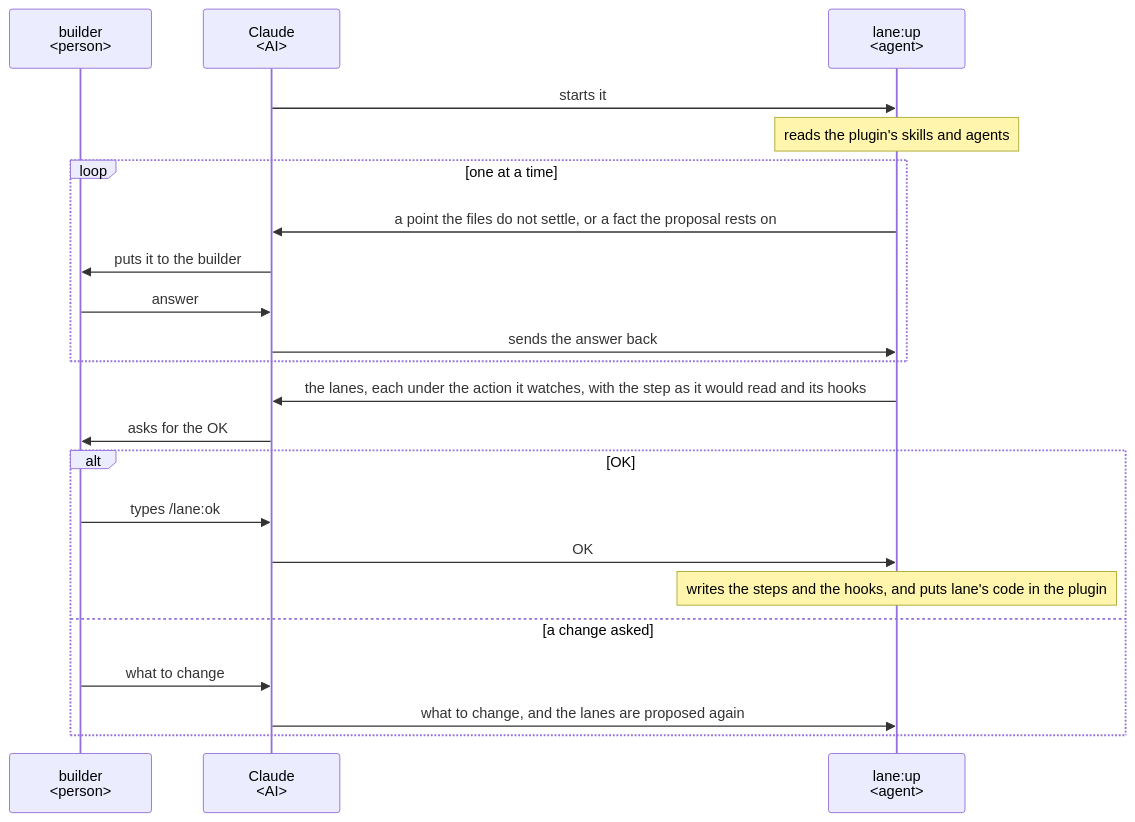
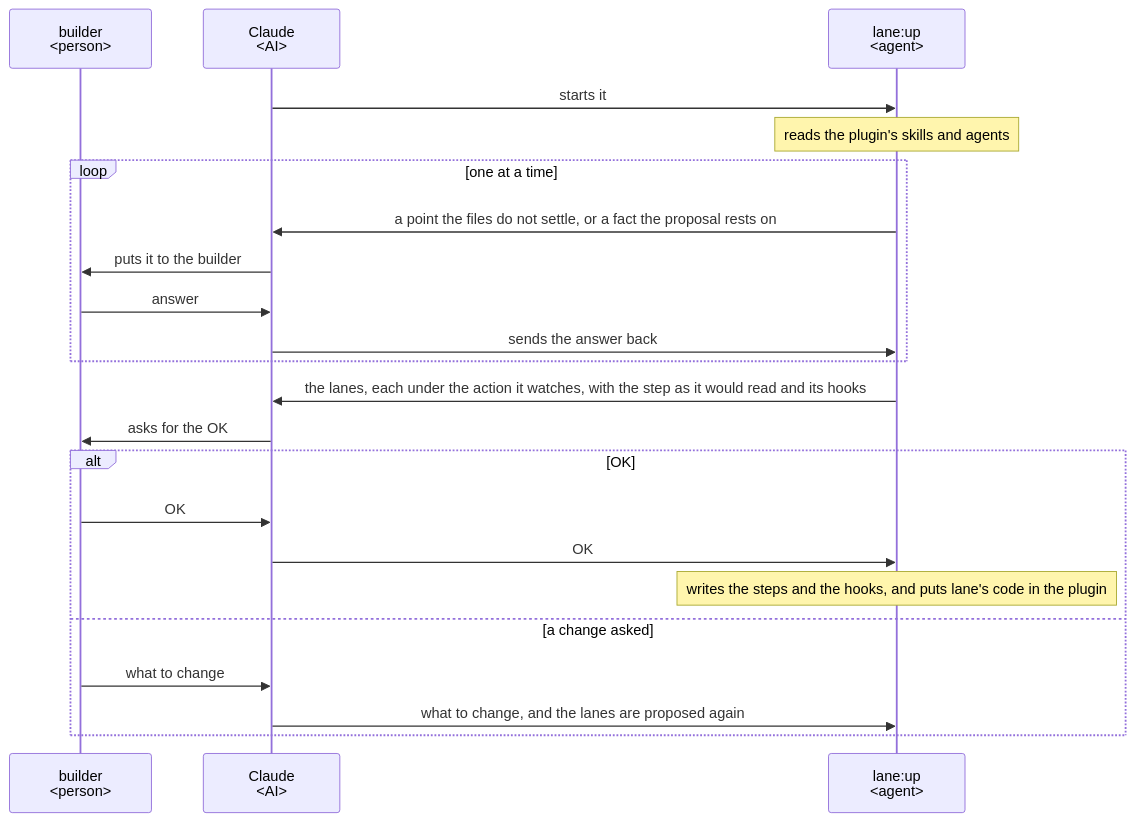
One commit to lovaizu/ccpm changed the second of 3 diagrams in dev/lane/ux.md. Above: the diagram before and after it, drawn with Mermaid. The commit also changed other lines of this file and 10 other files, not shown here.

````diff
--- a/dev/lane/ux.md
+++ b/dev/lane/ux.md
@@ -66,24 +66,24 @@
 ```mermaid
 sequenceDiagram
   participant B as builder<br/>#lt;person#gt;
   participant C as Claude<br/>#lt;AI#gt;
   participant L as lane:up<br/>#lt;agent#gt;
   C->>L: starts it
   Note over L: reads the plugin's skills and agents
   loop one at a time
     L->>C: a point the files do not settle, or a fact the proposal rests on
     C->>B: puts it to the builder
     B->>C: answer
     C->>L: sends the answer back
   end
   L->>C: the lanes, each under the action it watches, with the step as it would read and its hooks
   C->>B: asks for the OK
   alt OK
-    B->>C: types /lane:ok
+    B->>C: OK
     C->>L: OK
     Note over L: writes the steps and the hooks, and puts lane's code in the plugin
   else a change asked
     B->>C: what to change
     C->>L: what to change, and the lanes are proposed again
   end
 ```
````
